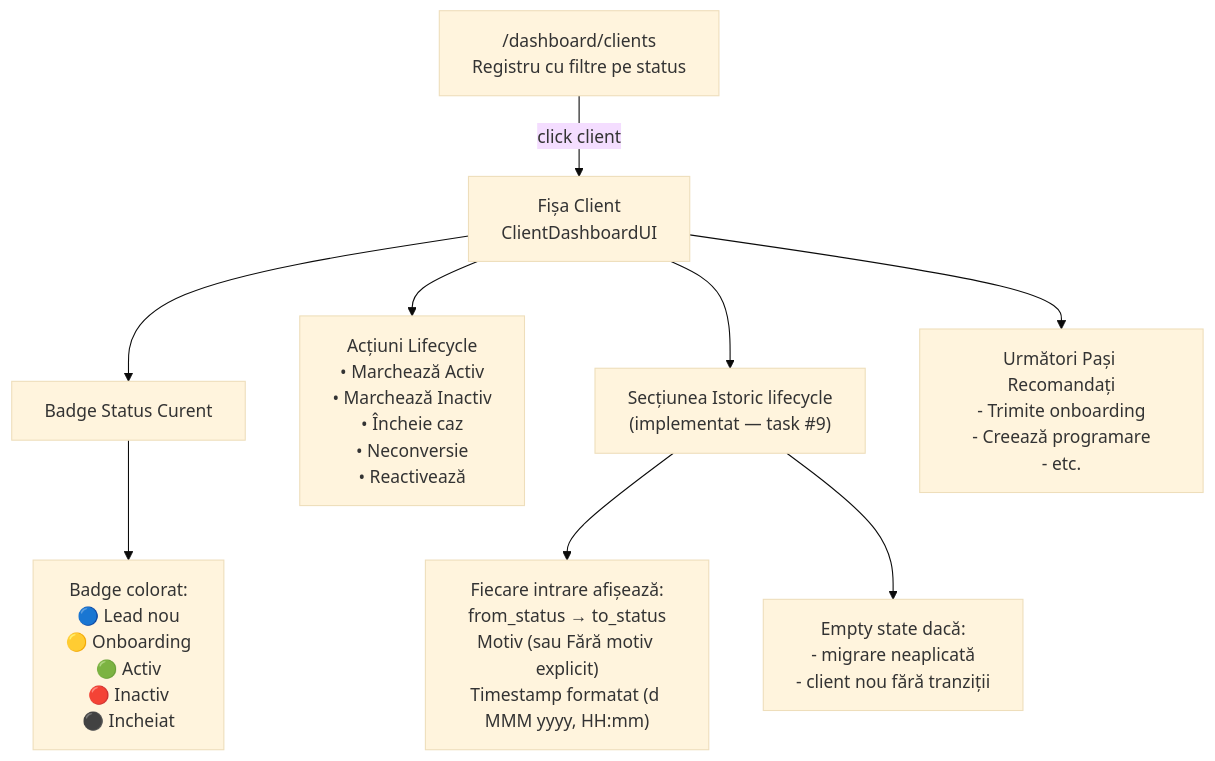
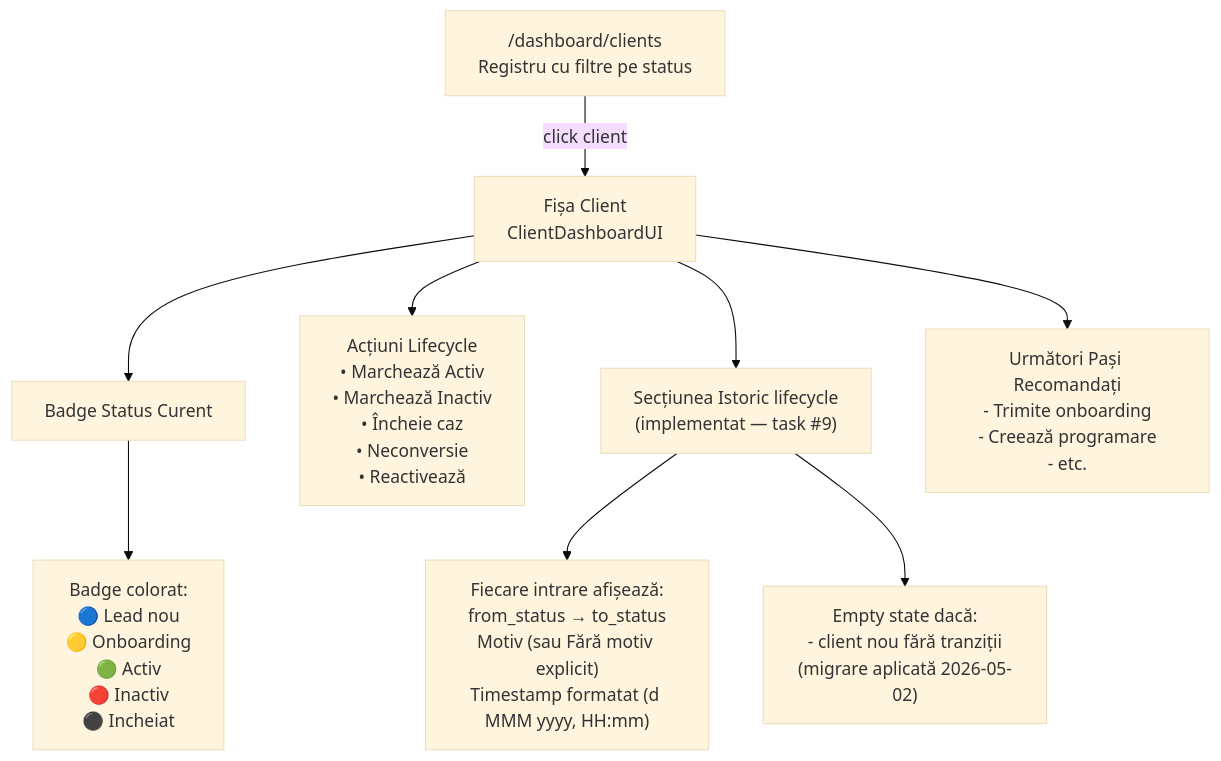
The second of 4 diagrams in fluxuri/01_lifecycle_client.md (UBKraust/Oncolink), drawn with Mermaid (base theme) before and after one commit. The commit also changed other lines of this file and 3 other files, not shown here.

````diff
--- a/fluxuri/01_lifecycle_client.md
+++ b/fluxuri/01_lifecycle_client.md
@@ -59,15 +62,15 @@
 ```mermaid
 flowchart TD
     REG["/dashboard/clients\nRegistru cu filtre pe status"]
     REG -->|click client| FISA[Fișa Client\nClientDashboardUI]
 
     FISA --> STATUS[Badge Status Curent]
     FISA --> ACTIONS[Acțiuni Lifecycle\n• Marchează Activ\n• Marchează Inactiv\n• Încheie caz\n• Neconversie\n• Reactivează]
     FISA --> HISTORY["Secțiunea Istoric lifecycle\n(implementat — task #9)"]
     FISA --> NEXT[Următori Pași Recomandați\n- Trimite onboarding\n- Creează programare\n- etc.]
 
     STATUS --> BADGE["Badge colorat:\n🔵 Lead nou\n🟡 Onboarding\n🟢 Activ\n🔴 Inactiv\n⚫ Incheiat"]
 
     HISTORY --> ENTRY["Fiecare intrare afișează:\nfrom_status → to_status\nMotiv (sau Fără motiv explicit)\nTimestamp formatat (d MMM yyyy, HH:mm)"]
-    HISTORY --> EMPTY["Empty state dacă:\n- migrare neaplicată\n- client nou fără tranziții"]
+    HISTORY --> EMPTY["Empty state dacă:\n- client nou fără tranziții\n(migrare aplicată 2026-05-02)"]
 ```
````
